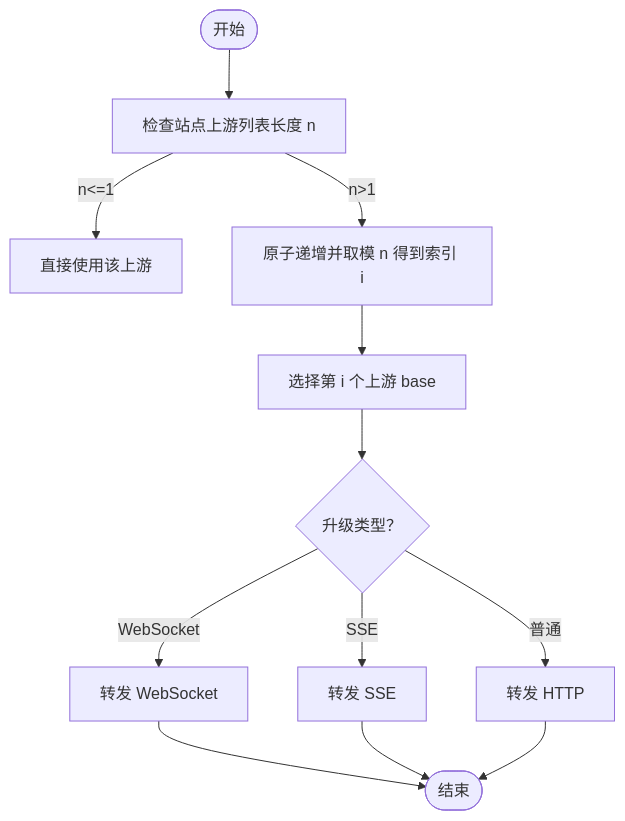
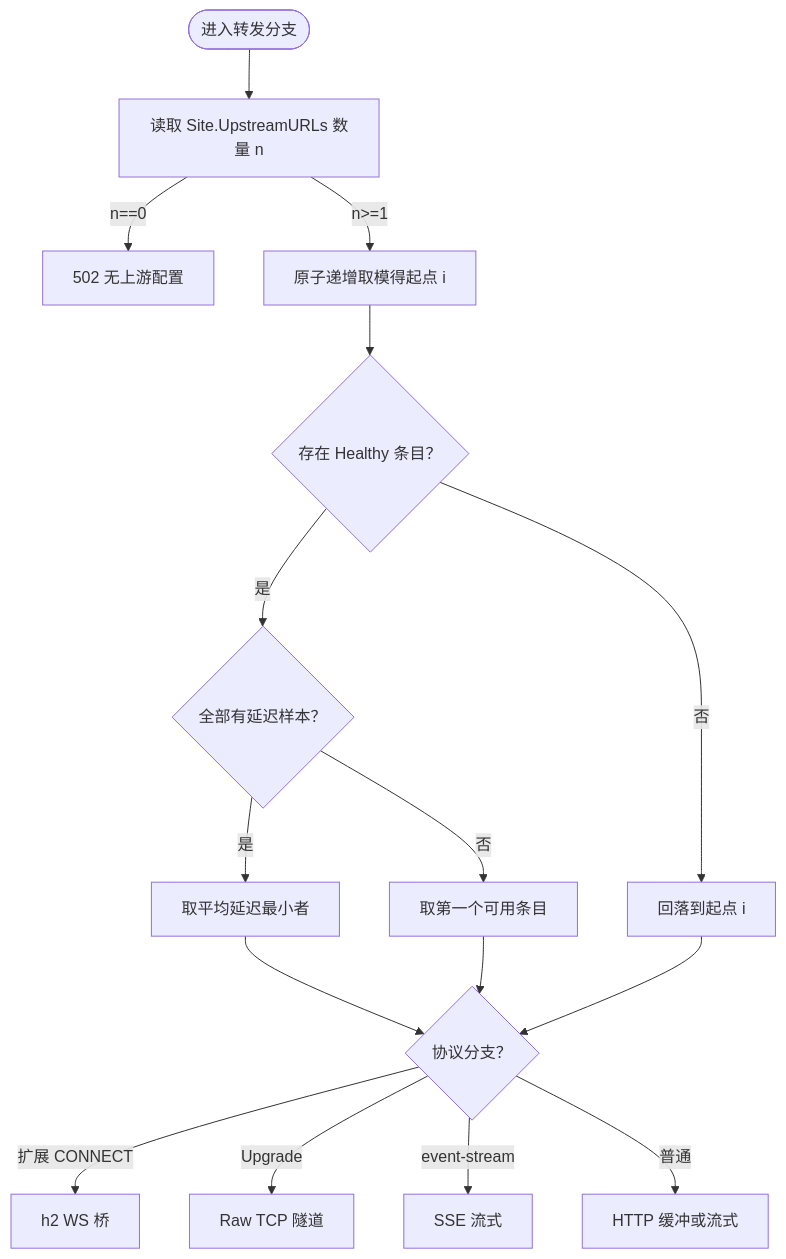
Before and after one commit to x01n/My-OpenWaf: the third of 8 diagrams in docs/数据平面处理/上游代理配置.md, drawn with Mermaid. The commit also changed other lines of this file and 622 other files, not shown here.

````diff
--- a/docs/数据平面处理/上游代理配置.md
+++ b/docs/数据平面处理/上游代理配置.md
@@ -153,14 +195,18 @@
 ```mermaid
 flowchart TD
-Start(["开始"]) --> CheckURIs["检查站点上游列表长度 n"]
-CheckURIs --> |n<=1| UseSingle["直接使用该上游"]
-CheckURIs --> |n>1| RR["原子递增并取模 n 得到索引 i"]
-RR --> Select["选择第 i 个上游 base"]
-Select --> Branch{"升级类型？"}
-Branch --> |WebSocket| WS["转发 WebSocket"]
-Branch --> |SSE| SSE["转发 SSE"]
-Branch --> |普通| HTTP["转发 HTTP"]
-WS --> End(["结束"])
-SSE --> End
-HTTP --> End
+Start(["进入转发分支"]) --> Check["读取 Site.UpstreamURLs 数量 n"]
+Check --> |n==0| NoUp["502 无上游配置"]
+Check --> |n>=1| RR["原子递增取模得起点 i"]
+RR --> Alive{"存在 Healthy 条目？"}
+Alive --> |是| Lat{"全部有延迟样本？"}
+Lat --> |是| Fastest["取平均延迟最小者"]
+Lat --> |否| First["取第一个可用条目"]
+Alive --> |否| Fallback["回落到起点 i"]
+Fastest --> Branch{"协议分支？"}
+First --> Branch
+Fallback --> Branch
+Branch --> |扩展 CONNECT| H2WS["h2 WS 桥"]
+Branch --> |Upgrade| WS["Raw TCP 隧道"]
+Branch --> |event-stream| SSE["SSE 流式"]
+Branch --> |普通| HTTP["HTTP 缓冲或流式"]
 ```
````
